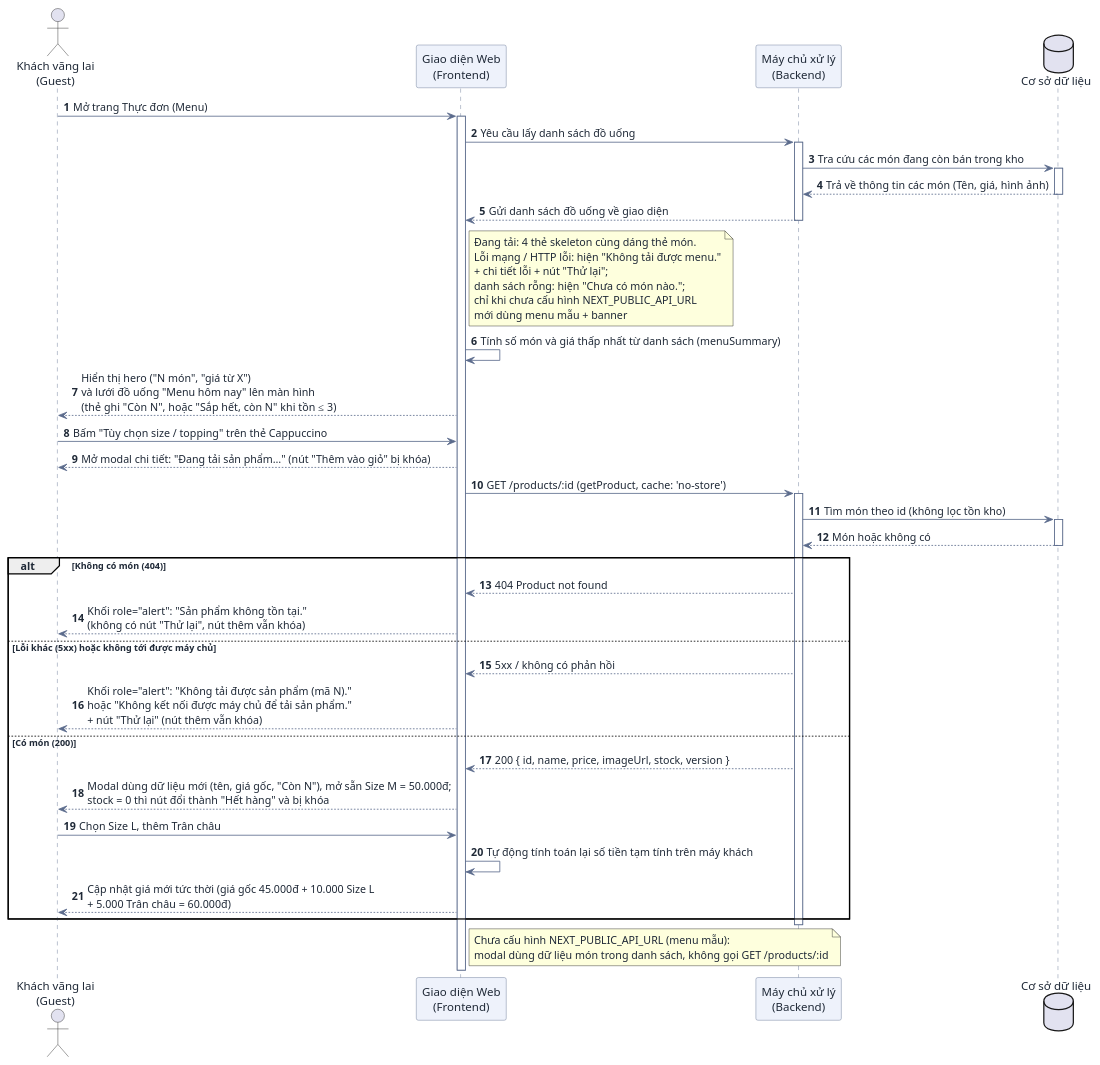
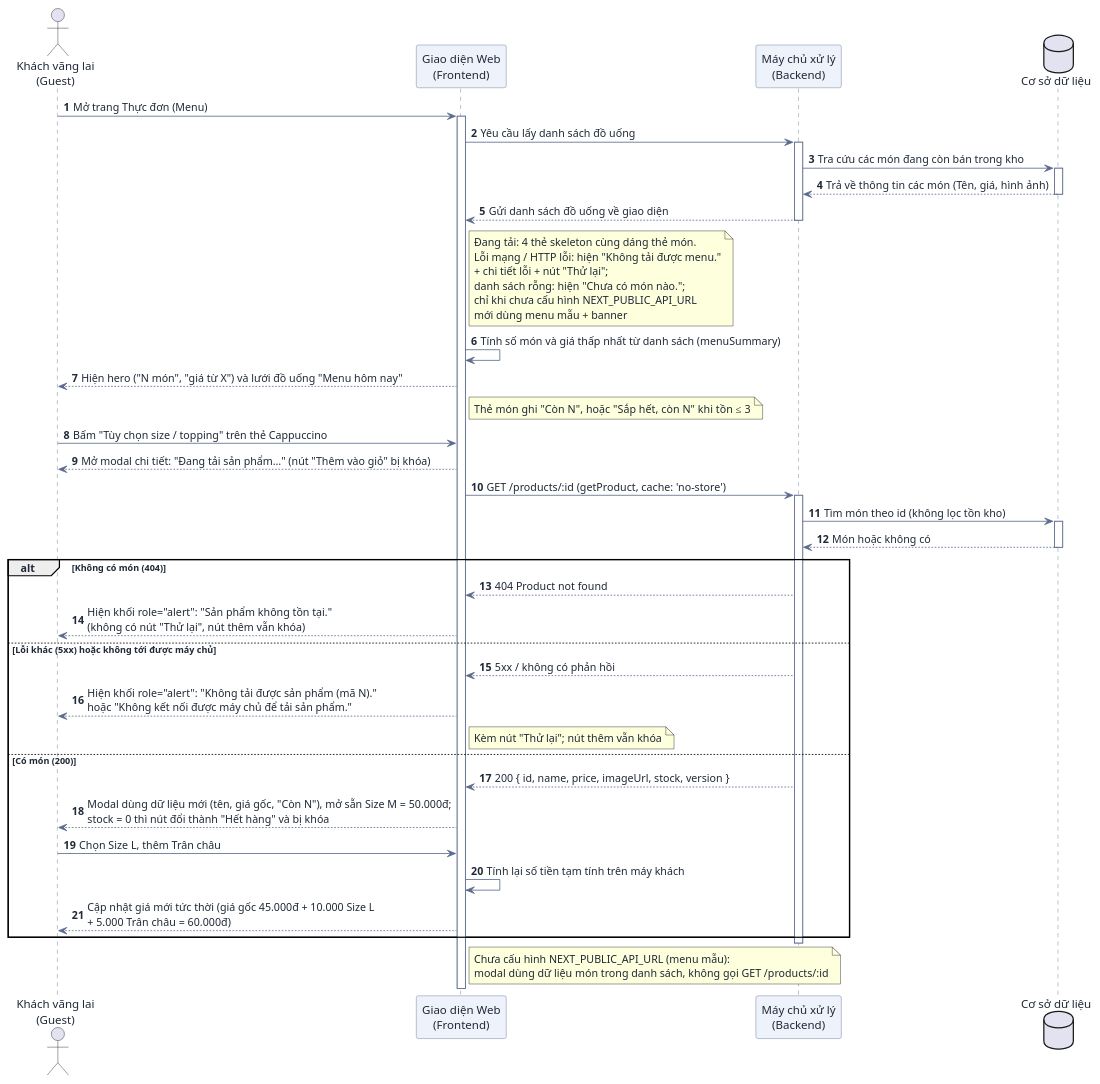
The first of 10 diagrams in docs/user-sequence-specifications.md (DuVinhLoi/BrewLite), drawn with PlantUML before and after one commit. The commit also changed other lines of this file, not shown here.

Commit message:
docs: clarify UC01-UC03 sequence messages and activation

````diff
--- a/docs/user-sequence-specifications.md
+++ b/docs/user-sequence-specifications.md
@@ -104,57 +104,59 @@
 ```plantuml
 @startuml
 skinparam DefaultFontColor #1f2937
 skinparam ArrowColor #5b6b8c
 skinparam SequenceParticipantBackgroundColor #eef2fb
 skinparam SequenceParticipantBorderColor #5b6b8c
 skinparam SequenceLifeLineBorderColor #5b6b8c
 
 autonumber
 actor "Khách vãng lai\n(Guest)" as User
 participant "Giao diện Web\n(Frontend)" as FE
 participant "Máy chủ xử lý\n(Backend)" as BE
 database "Cơ sở dữ liệu" as DB
 
 User -> FE : Mở trang Thực đơn (Menu)
 activate FE
 
 FE -> BE : Yêu cầu lấy danh sách đồ uống
 activate BE
 
 BE -> DB : Tra cứu các món đang còn bán trong kho
 activate DB
 DB --> BE : Trả về thông tin các món (Tên, giá, hình ảnh)
 deactivate DB
 
 BE --> FE : Gửi danh sách đồ uống về giao diện
 note right of FE : Đang tải: 4 thẻ skeleton cùng dáng thẻ món.\nLỗi mạng / HTTP lỗi: hiện "Không tải được menu."\n+ chi tiết lỗi + nút "Thử lại";\ndanh sách rỗng: hiện "Chưa có món nào.";\nchỉ khi chưa cấu hình NEXT_PUBLIC_API_URL\nmới dùng menu mẫu + banner
 deactivate BE
 
 FE -> FE : Tính số món và giá thấp nhất từ danh sách (menuSummary)
-FE --> User : Hiển thị hero ("N món", "giá từ X")\nvà lưới đồ uống "Menu hôm nay" lên màn hình\n(thẻ ghi "Còn N", hoặc "Sắp hết, còn N" khi tồn ≤ 3)
+FE --> User : Hiện hero ("N món", "giá từ X") và lưới đồ uống "Menu hôm nay"
+note right of FE : Thẻ món ghi "Còn N", hoặc "Sắp hết, còn N" khi tồn ≤ 3
 User -> FE : Bấm "Tùy chọn size / topping" trên thẻ Cappuccino
 FE --> User : Mở modal chi tiết: "Đang tải sản phẩm…" (nút "Thêm vào giỏ" bị khóa)
 FE -> BE : GET /products/:id (getProduct, cache: 'no-store')
 activate BE
 BE -> DB : Tìm món theo id (không lọc tồn kho)
 activate DB
 DB --> BE : Món hoặc không có
 deactivate DB
 alt Không có món (404)
   BE --> FE : 404 Product not found
-  FE --> User : Khối role="alert": "Sản phẩm không tồn tại."\n(không có nút "Thử lại", nút thêm vẫn khóa)
+  FE --> User : Hiện khối role="alert": "Sản phẩm không tồn tại."\n(không có nút "Thử lại", nút thêm vẫn khóa)
 else Lỗi khác (5xx) hoặc không tới được máy chủ
   BE --> FE : 5xx / không có phản hồi
-  FE --> User : Khối role="alert": "Không tải được sản phẩm (mã N)."\nhoặc "Không kết nối được máy chủ để tải sản phẩm."\n+ nút "Thử lại" (nút thêm vẫn khóa)
+  FE --> User : Hiện khối role="alert": "Không tải được sản phẩm (mã N)."\nhoặc "Không kết nối được máy chủ để tải sản phẩm."
+  note right of FE : Kèm nút "Thử lại"; nút thêm vẫn khóa
 else Có món (200)
   BE --> FE : 200 { id, name, price, imageUrl, stock, version }
   FE --> User : Modal dùng dữ liệu mới (tên, giá gốc, "Còn N"), mở sẵn Size M = 50.000đ;\nstock = 0 thì nút đổi thành "Hết hàng" và bị khóa
   User -> FE : Chọn Size L, thêm Trân châu
-  FE -> FE : Tự động tính toán lại số tiền tạm tính trên máy khách
+  FE -> FE : Tính lại số tiền tạm tính trên máy khách
   FE --> User : Cập nhật giá mới tức thời (giá gốc 45.000đ + 10.000 Size L\n+ 5.000 Trân châu = 60.000đ)
 end
 deactivate BE
 note right of FE : Chưa cấu hình NEXT_PUBLIC_API_URL (menu mẫu):\nmodal dùng dữ liệu món trong danh sách, không gọi GET /products/:id
 deactivate FE
 @enduml
 ```
````
